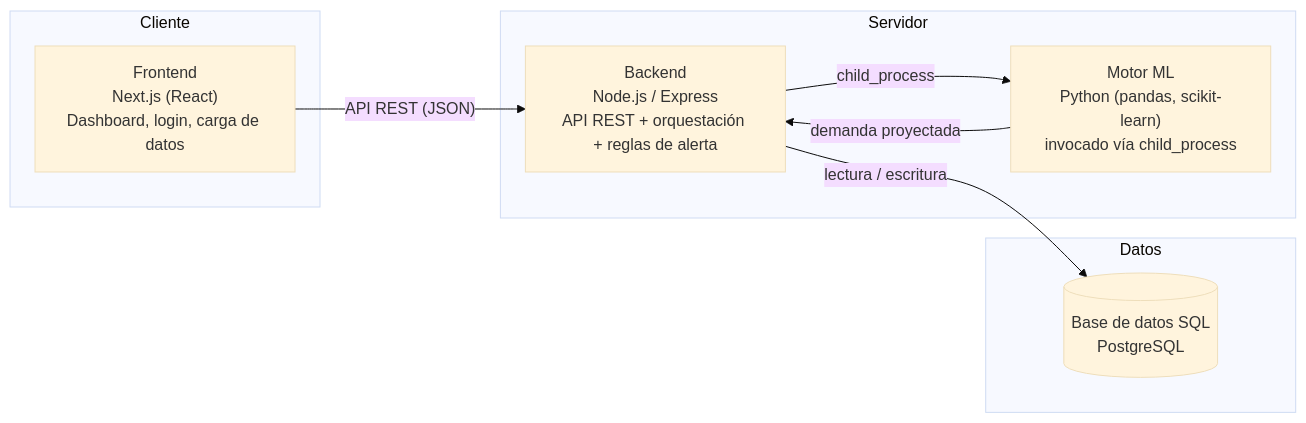
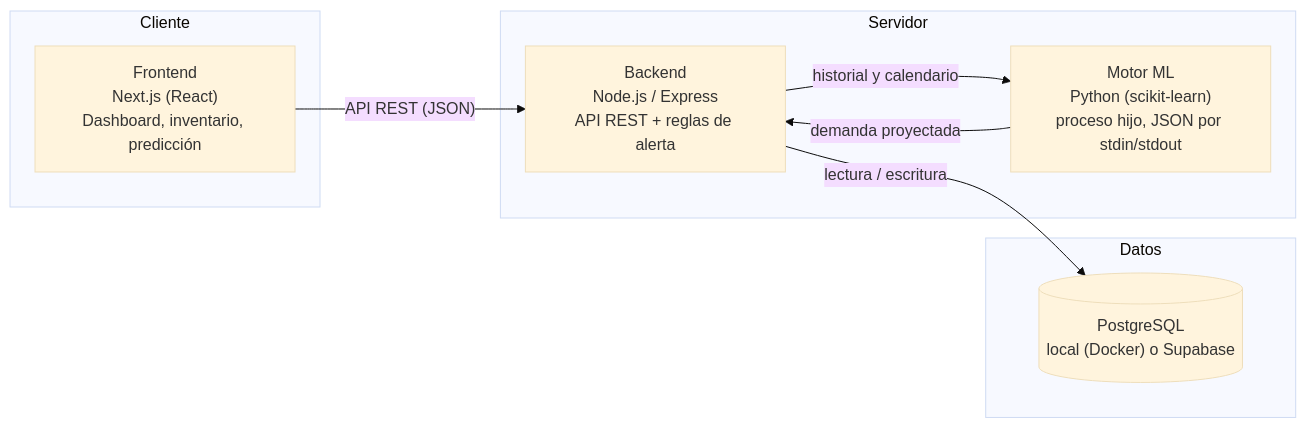
Before and after one commit to Blackmist02/NexuStock: the diagram in README.md, drawn with Mermaid (base theme). The commit also changed other lines of this file and 14 other files, not shown here.

````diff
--- a/README.md
+++ b/README.md
@@ -132,20 +188,20 @@
 ```mermaid
 flowchart LR
     subgraph Cliente
-        FE["Frontend<br/>Next.js (React)<br/>Dashboard, login, carga de datos"]
+        FE["Frontend<br/>Next.js (React)<br/>Dashboard, inventario, predicción"]
     end
 
     subgraph Servidor
-        BE["Backend<br/>Node.js / Express<br/>API REST + orquestación + reglas de alerta"]
-        ML["Motor ML<br/>Python (pandas, scikit-learn)<br/>invocado vía child_process"]
+        BE["Backend<br/>Node.js / Express<br/>API REST + reglas de alerta"]
+        ML["Motor ML<br/>Python (scikit-learn)<br/>proceso hijo, JSON por stdin/stdout"]
     end
 
     subgraph Datos
-        DB[("Base de datos SQL<br/>PostgreSQL")]
+        DB[("PostgreSQL<br/>local (Docker) o Supabase")]
     end
 
     FE -- "API REST (JSON)" --> BE
-    BE -- "child_process" --> ML
+    BE -- "historial y calendario" --> ML
     ML -- "demanda proyectada" --> BE
     BE -- "lectura / escritura" --> DB
 ```
````
